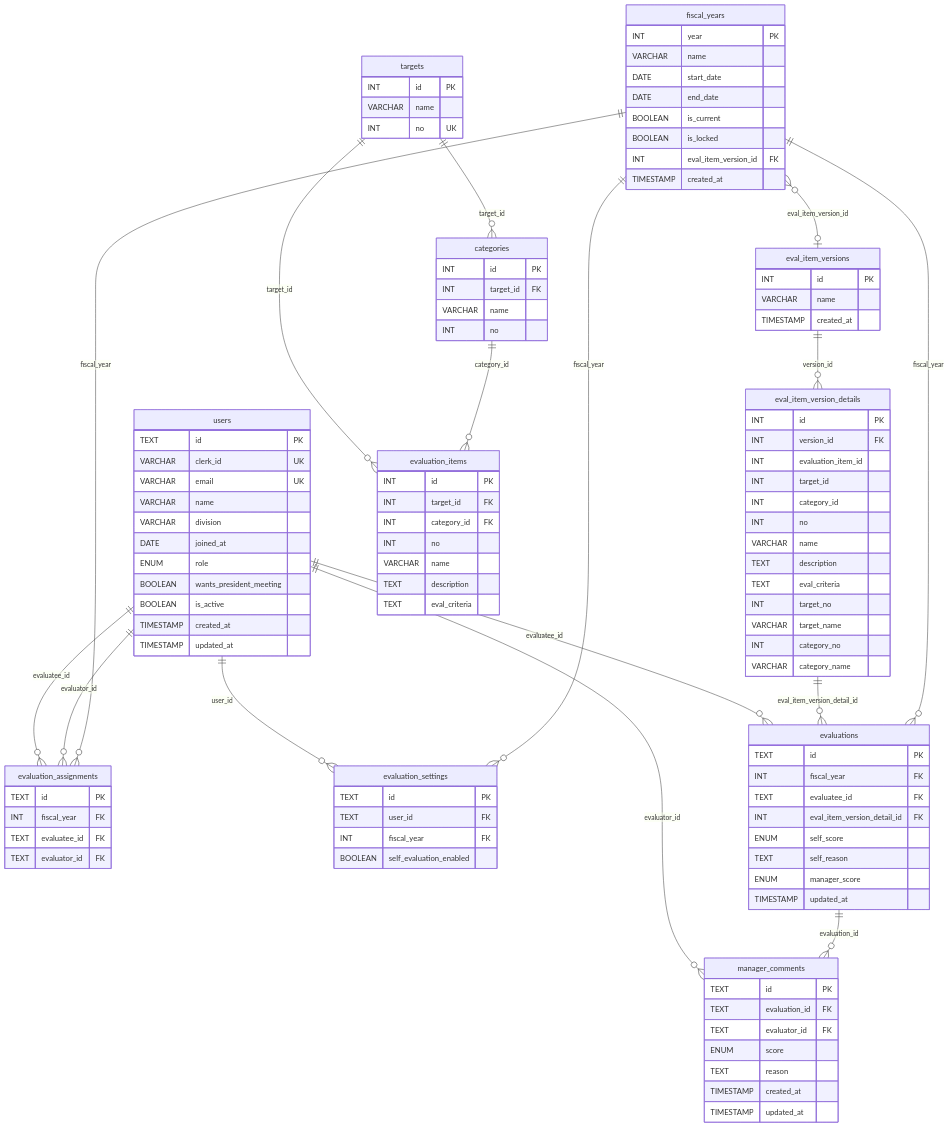
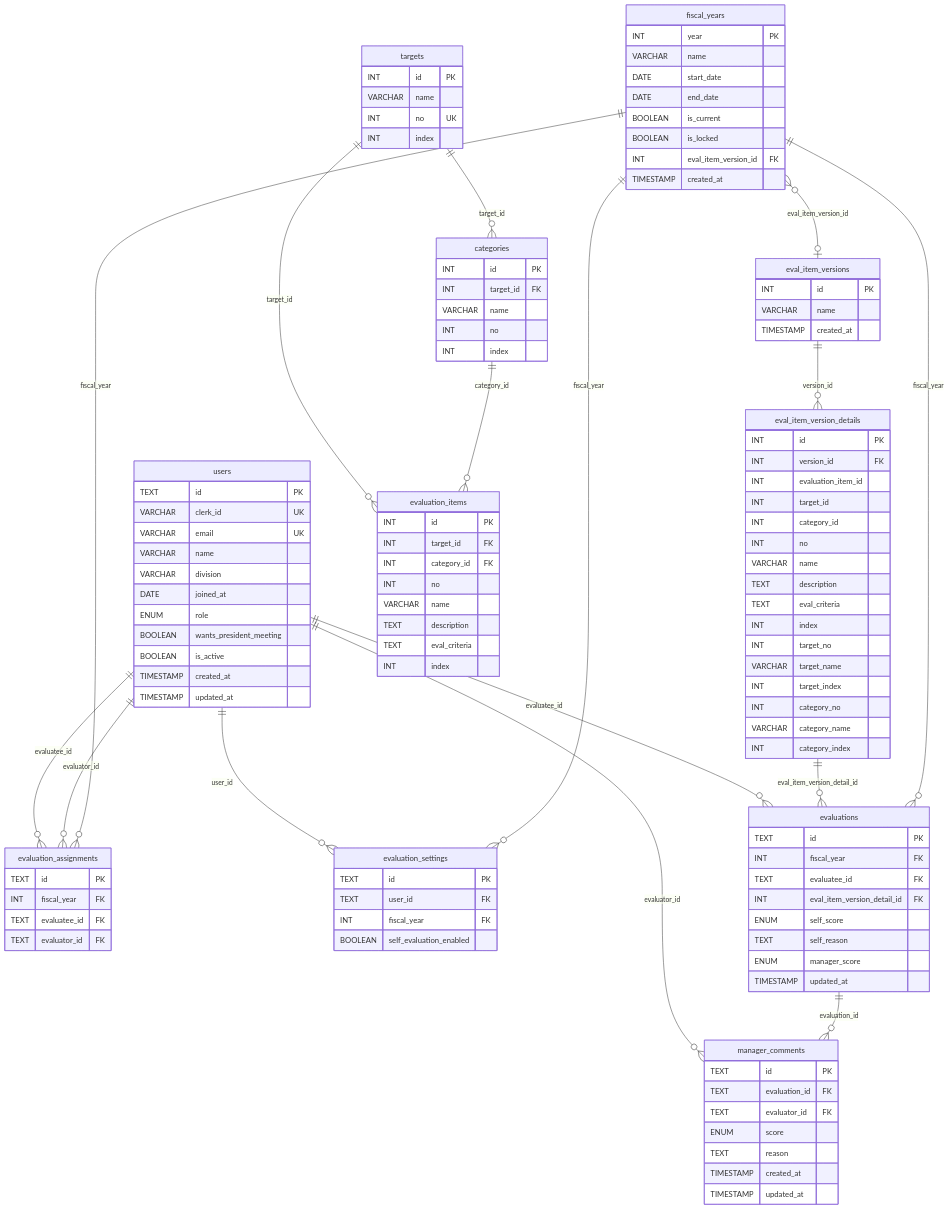
One commit to ot-nemoto/eval-hub changed the diagram in docs/schema.md. Above: the diagram before and after it, drawn with Mermaid. The commit also changed other lines of this file and 20 other files, not shown here.

```diff
--- a/docs/schema.md
+++ b/docs/schema.md
@@ -51,21 +51,26 @@
         VARCHAR name
         TEXT description
         TEXT eval_criteria
+        INT index
         INT target_no
         VARCHAR target_name
+        INT target_index
         INT category_no
         VARCHAR category_name
+        INT category_index
     }
     targets {
         INT id PK
         VARCHAR name
         INT no UK
+        INT index
     }
     categories {
         INT id PK
         INT target_id FK
         VARCHAR name
         INT no
+        INT index
     }
     evaluation_items {
         INT id PK
@@ -75,6 +80,7 @@
         VARCHAR name
         TEXT description
         TEXT eval_criteria
+        INT index
     }
     evaluation_assignments {
         TEXT id PK
```
